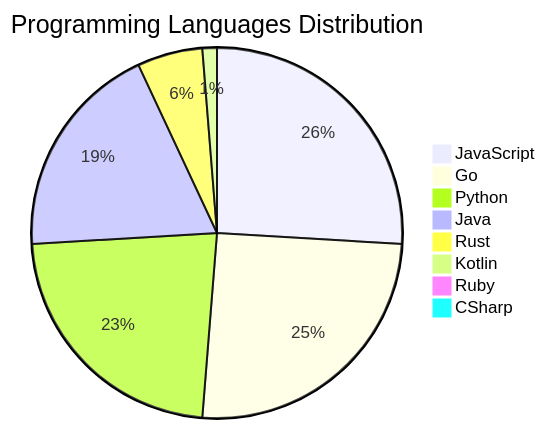
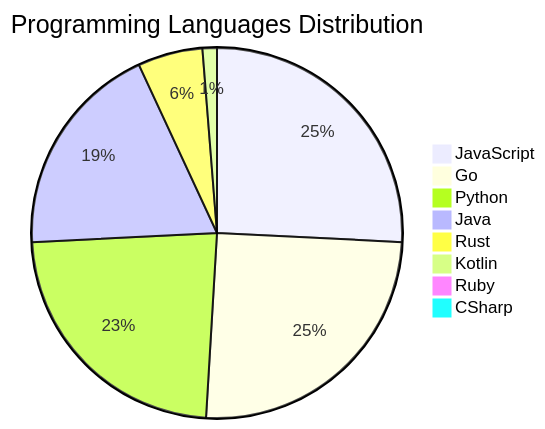
The diagram in README.md (Derrick-MUGISHA/github-activity-bot), drawn with Mermaid before and after one commit. The commit also changed other lines of this file and 4 other files, not shown here.

````diff
--- a/README.md
+++ b/README.md
@@ -209,11 +209,11 @@
 ```mermaid
 pie title Programming Languages Distribution
     "JavaScript" : 41
     "Go" : 40
-    "Python" : 36
+    "Python" : 37
     "Java" : 30
     "Rust" : 9
     "Kotlin" : 2
     "Ruby" : 1
     "CSharp" : 1
 ```
````
